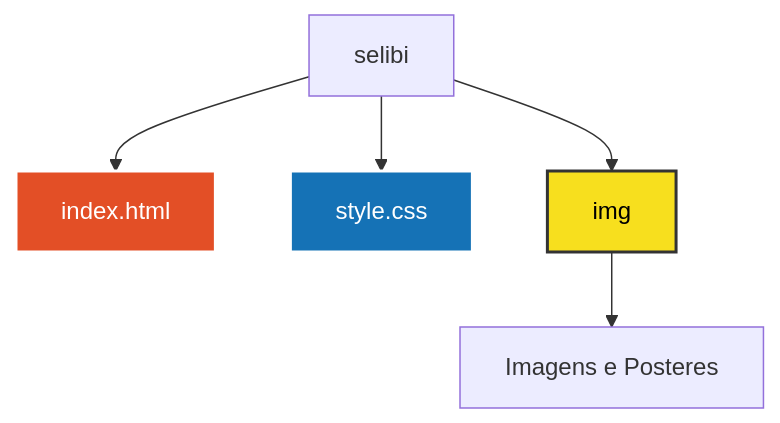
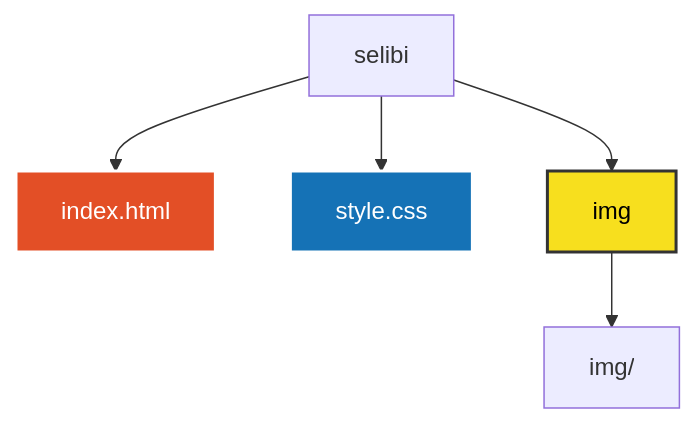
One commit to AliceSilva2012/selibi changed the diagram in README.md. Above: the diagram before and after it, drawn with Mermaid. The commit also changed other lines of this file, not shown here.

Commit message:
Add live demo badge and update image path

````diff
--- a/README.md
+++ b/README.md
@@ -73,11 +74,11 @@
 ```mermaid
 graph TD
     A[selibi] --> B[index.html]
     A --> C[style.css]
     A --> D[img]
-    D --> E["Imagens e Posteres"]
+    D --> E[img/]
 
     style B fill:#e34f26,stroke:#fff,stroke-width:2px,color:#fff
     style C fill:#1572b6,stroke:#fff,stroke-width:2px,color:#fff
     style D fill:#f7df1e,stroke:#333,stroke-width:2px,color:#000
 ```
````
